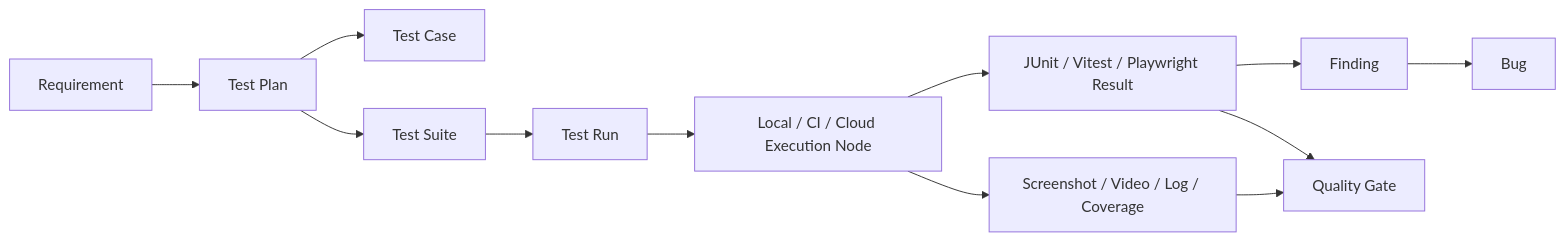
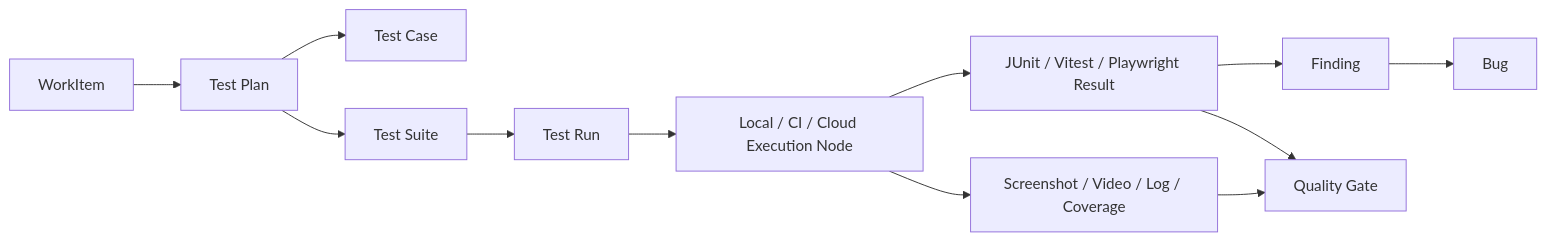
Before and after one commit to ChalkleyZhou/FlowX: the second of 3 diagrams in docs/architecture/edge-cloud-ai-rd-platform.md, drawn with Mermaid. The commit also changed other lines of this file and 234 other files, not shown here.

````diff
--- a/docs/architecture/edge-cloud-ai-rd-platform.md
+++ b/docs/architecture/edge-cloud-ai-rd-platform.md
@@ -267,14 +269,14 @@
 ```mermaid
 flowchart LR
-    R["Requirement"] --> TP["Test Plan"]
+    R["WorkItem"] --> TP["Test Plan"]
     TP --> TC["Test Case"]
     TP --> TS["Test Suite"]
     TS --> TR["Test Run"]
     TR --> Node["Local / CI / Cloud Execution Node"]
     Node --> Result["JUnit / Vitest / Playwright Result"]
     Node --> Evidence["Screenshot / Video / Log / Coverage"]
     Result --> Finding["Finding"]
     Finding --> Bug["Bug"]
     Result --> Gate["Quality Gate"]
     Evidence --> Gate
 ```
````
